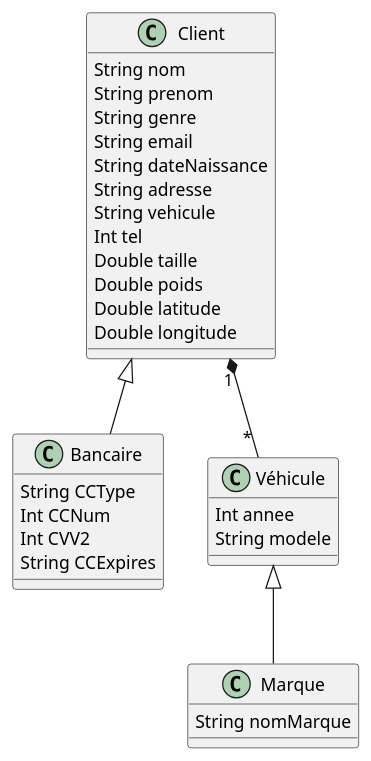
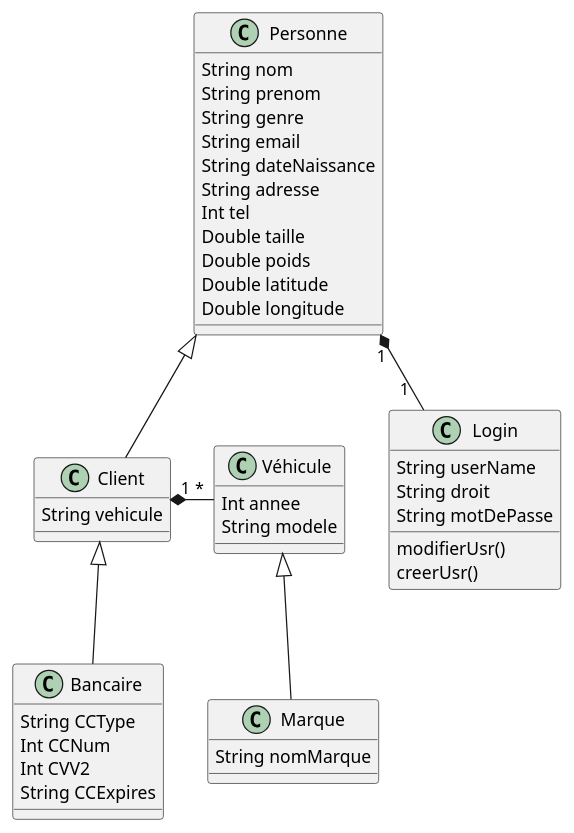
One commit to Nenuphare/Kot-Line-Intranet changed the first of 2 diagrams in Analyse.adoc. Above: the diagram before and after it, drawn with PlantUML.

Commit message:
Ajout mineur et correctif diagramme

```diff
--- a/Analyse.adoc
+++ b/Analyse.adoc
@@ -34,42 +34,50 @@
 [plantuml]
 ----
 @startuml
 
-Class Client{
+Class Login{
+String userName
+String droit
+String motDePasse
+modifierUsr()
+creerUsr()
+}
+
+Class Personne{
 String nom
 String prenom
 String genre
 String email
 String dateNaissance
 String adresse
-String vehicule
 Int tel
 Double taille
 Double poids
 Double latitude
 Double longitude
-
+}
+Class Client{
+String vehicule
 }
 Class Bancaire{
 String CCType
 Int CCNum
 Int CVV2
 String CCExpires
 }
+
 Class Véhicule{
 Int annee
 String modele
 }
+
 Class Marque{
 String nomMarque
 }
-
+Personne <|-- Client
 Client <|-- Bancaire
 Véhicule <|-- Marque
-
-Client "1" *-- "           *" Véhicule
-
-
-
+Client "1" *- "*" Véhicule
+Personne "1" *--"1  " Login
 @enduml
 ----
```
